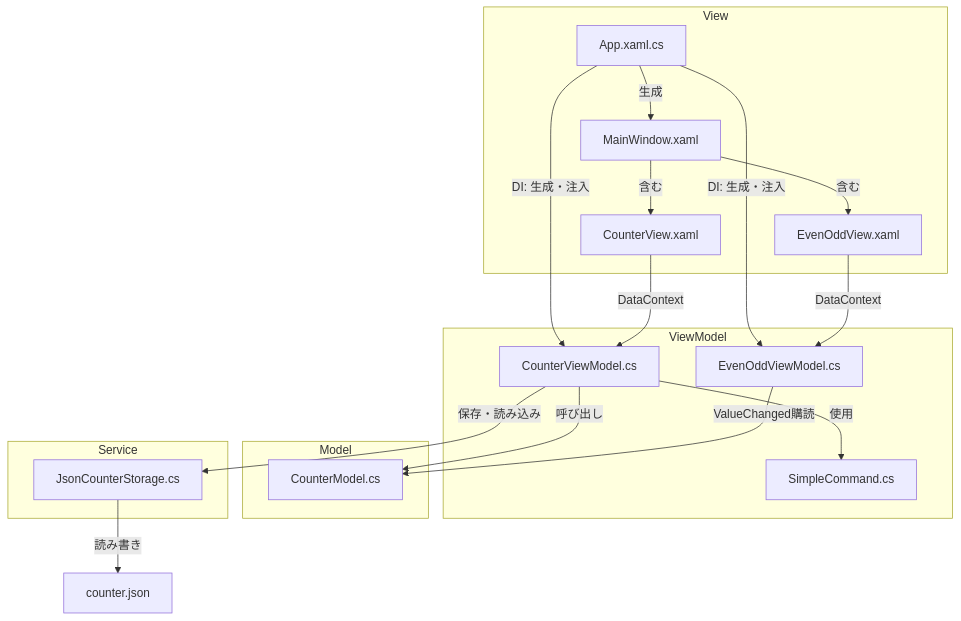
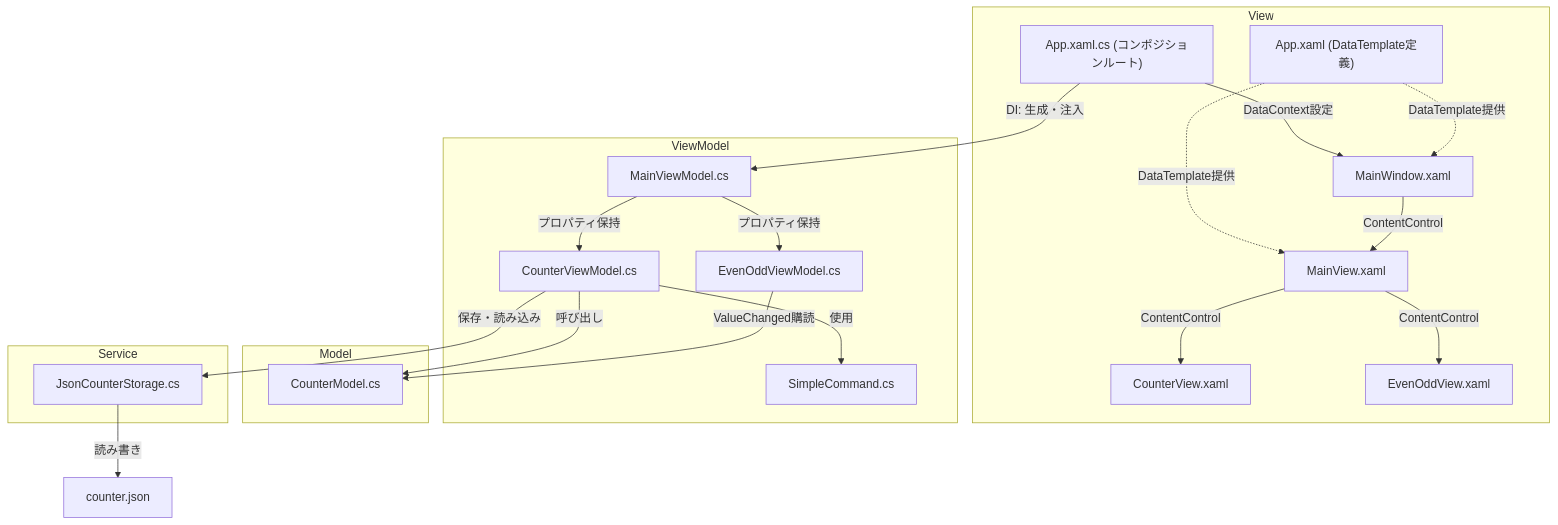
The diagram in README.md (mizugame634978/wpf_mvvm_counter), drawn with Mermaid before and after one commit.

Commit message:
docs: アーキテクチャ図を更新

````diff
--- a/README.md
+++ b/README.md
@@ -5,33 +5,38 @@
 ```mermaid
 graph TD
     subgraph View
-        App.xaml.cs
-        MainWindow.xaml
-        CounterView.xaml
-        EvenOddView.xaml
+        AppXaml["App.xaml (DataTemplate定義)"]
+        AppXamlCs["App.xaml.cs (コンポジションルート)"]
+        MainWindowXaml["MainWindow.xaml"]
+        MainViewXaml["MainView.xaml"]
+        CounterViewXaml["CounterView.xaml"]
+        EvenOddViewXaml["EvenOddView.xaml"]
     end
     subgraph ViewModel
-        CounterViewModel.cs
-        EvenOddViewModel.cs
-        SimpleCommand.cs
+        MainViewModelCs["MainViewModel.cs"]
+        CounterViewModelCs["CounterViewModel.cs"]
+        EvenOddViewModelCs["EvenOddViewModel.cs"]
+        SimpleCommandCs["SimpleCommand.cs"]
     end
     subgraph Model
-        CounterModel.cs
+        CounterModelCs["CounterModel.cs"]
     end
     subgraph Service
-        JsonCounterStorage.cs
+        JsonStorageCs["JsonCounterStorage.cs"]
     end
 
-    App.xaml.cs -->|DI: 生成・注入| CounterViewModel.cs
-    App.xaml.cs -->|DI: 生成・注入| EvenOddViewModel.cs
-    App.xaml.cs -->|生成| MainWindow.xaml
-    MainWindow.xaml -->|含む| CounterView.xaml
-    MainWindow.xaml -->|含む| EvenOddView.xaml
-    CounterView.xaml -->|DataContext| CounterViewModel.cs
-    EvenOddView.xaml -->|DataContext| EvenOddViewModel.cs
-    CounterViewModel.cs -->|使用| SimpleCommand.cs
-    CounterViewModel.cs -->|呼び出し| CounterModel.cs
-    EvenOddViewModel.cs -->|ValueChanged購読| CounterModel.cs
-    CounterViewModel.cs -->|保存・読み込み| JsonCounterStorage.cs
-    JsonCounterStorage.cs -->|読み書き| counter.json
+    AppXamlCs -->|DI: 生成・注入| MainViewModelCs
+    AppXamlCs -->|DataContext設定| MainWindowXaml
+    AppXaml -.->|DataTemplate提供| MainWindowXaml
+    AppXaml -.->|DataTemplate提供| MainViewXaml
+    MainWindowXaml -->|ContentControl| MainViewXaml
+    MainViewXaml -->|ContentControl| CounterViewXaml
+    MainViewXaml -->|ContentControl| EvenOddViewXaml
+    MainViewModelCs -->|プロパティ保持| CounterViewModelCs
+    MainViewModelCs -->|プロパティ保持| EvenOddViewModelCs
+    CounterViewModelCs -->|使用| SimpleCommandCs
+    CounterViewModelCs -->|呼び出し| CounterModelCs
+    EvenOddViewModelCs -->|ValueChanged購読| CounterModelCs
+    CounterViewModelCs -->|保存・読み込み| JsonStorageCs
+    JsonStorageCs -->|読み書き| counter.json
 ```
````
